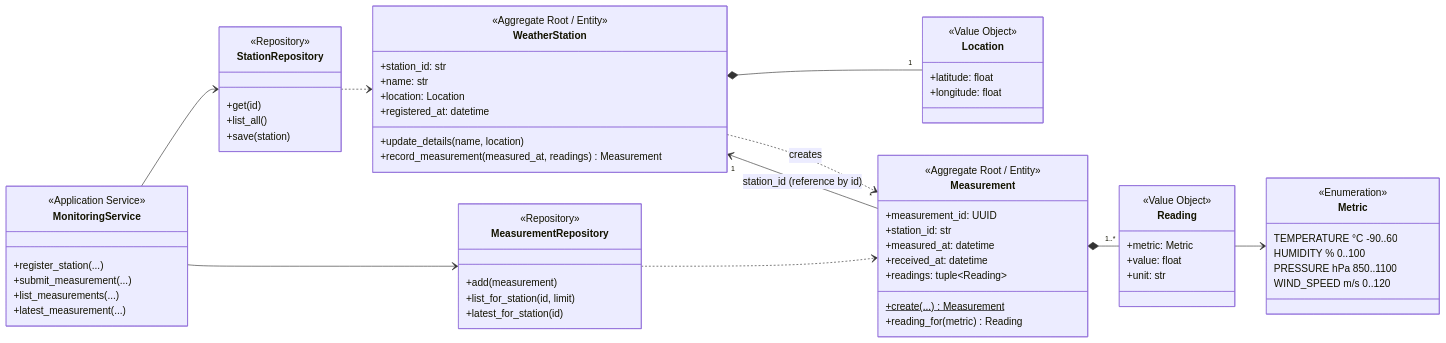
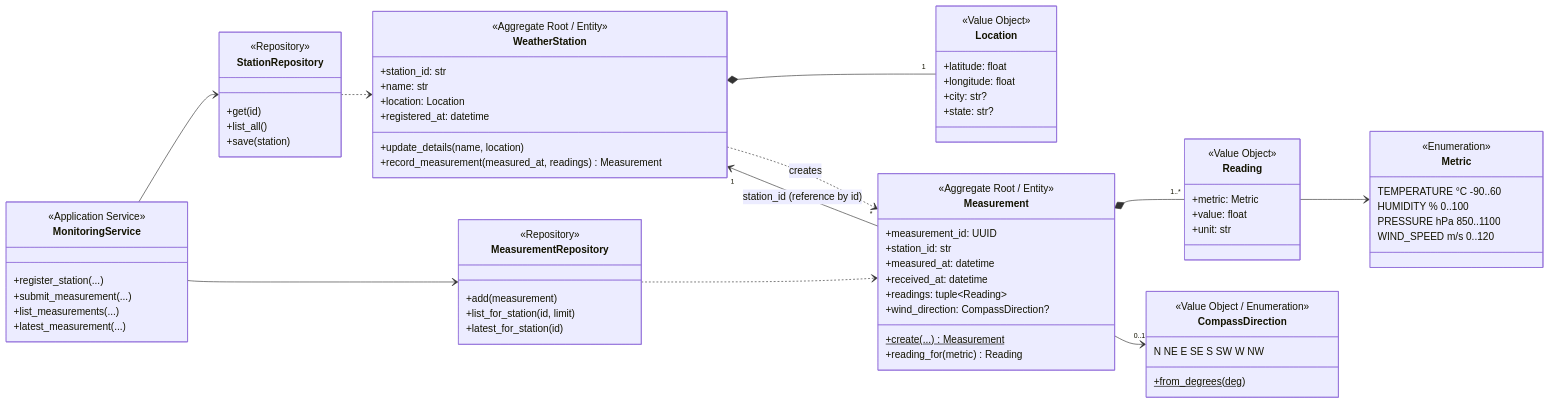
Before and after one commit to jamshideftekhari/IOTDataMonitoringE2026: the second of 10 diagrams in DESIGN.md, drawn with Mermaid. The commit also changed other lines of this file and 22 other files, not shown here.

```diff
--- a/DESIGN.md
+++ b/DESIGN.md
@@ -99,6 +126,14 @@
         <<Value Object>>
         +latitude: float
         +longitude: float
+        +city: str?
+        +state: str?
+    }
+
+    class CompassDirection {
+        <<Value Object / Enumeration>>
+        N NE E SE S SW W NW
+        +from_degrees(deg)$
     }
 
     class Measurement {
@@ -108,6 +143,7 @@
         +measured_at: datetime
         +received_at: datetime
         +readings: tuple~Reading~
+        +wind_direction: CompassDirection?
         +create(...)$ Measurement
         +reading_for(metric) Reading
     }
@@ -153,6 +189,7 @@
     WeatherStation ..> Measurement : creates
     Measurement "*" --> "1" WeatherStation : station_id (reference by id)
     Measurement *-- "1..*" Reading
+    Measurement --> "0..1" CompassDirection
     Reading --> Metric
     MonitoringService --> StationRepository
     MonitoringService --> MeasurementRepository
```
